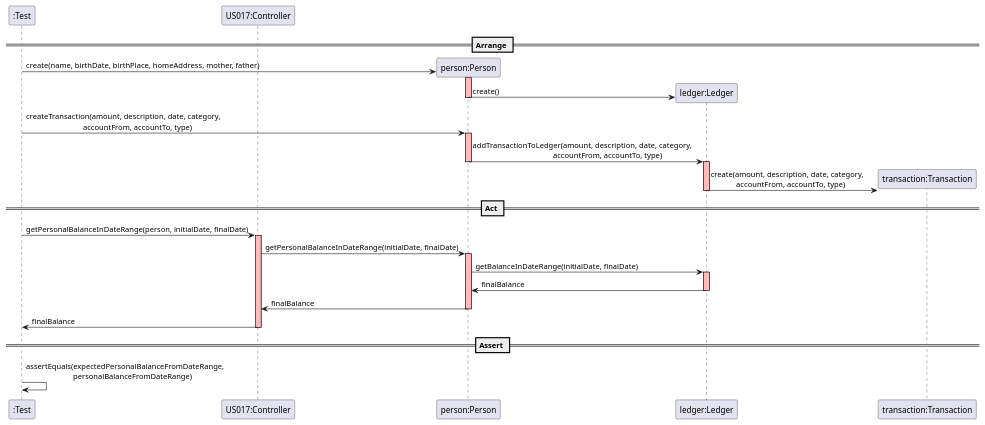
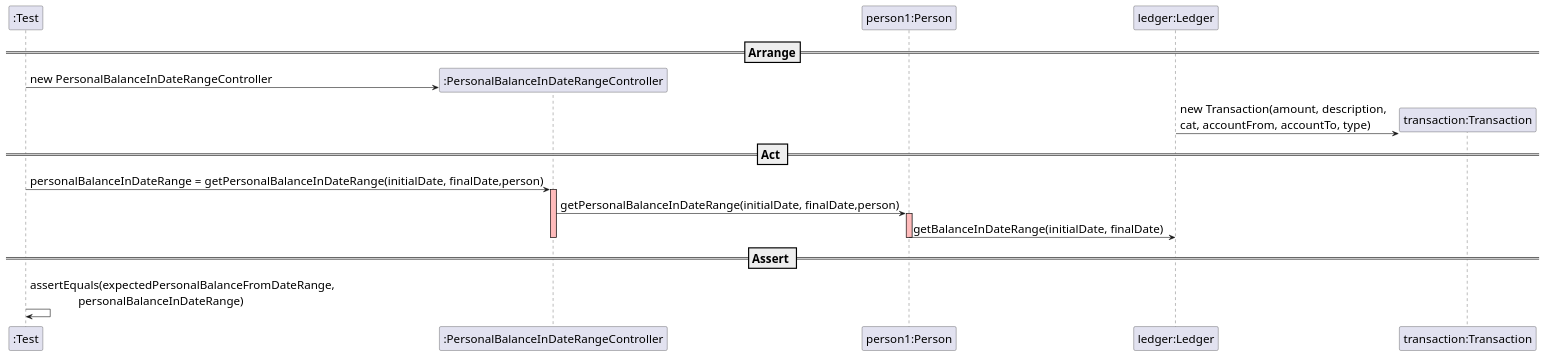
One commit to mleitaoribeiro/DevOpsMaven changed the diagram in docs/SequenceDiagram - US017.puml. Above: the diagram before and after it, drawn with PlantUML. The commit also changed 1 other file, not shown here.

```diff
--- a/docs/SequenceDiagram - US017.puml
+++ b/docs/SequenceDiagram - US017.puml
@@ -1,44 +1,35 @@
 @startuml
+
+skinparam DefaultFontSize 20
 create ":Test"
 
-== Arrange ==
-create "US017:Controller"
+==Arrange==
+create ":PersonalBalanceInDateRangeController"
+":Test" -> ":PersonalBalanceInDateRangeController" : new PersonalBalanceInDateRangeController
 
-create "person:Person"
-":Test" -> "person:Person" : create(name, birthDate, birthPlace, homeAddress, mother, father)
-activate "person:Person" #FFBBBB
+participant "person1:Person"
 
-create "ledger:Ledger"
-"person:Person" -> "ledger:Ledger" : create()
-deactivate "person:Person"
-":Test" -> "person:Person" : createTransaction(amount, description, date, category, \n                             accountFrom, accountTo, type)
-activate "person:Person" #FFBBBB
+participant "ledger:Ledger"
+create "transaction:Transaction"
+"ledger:Ledger" -> "transaction:Transaction" : new Transaction(amount, description, \ncat, accountFrom, accountTo, type)
+deactivate "ledger:Ledger" #FFBBBB
 
-"person:Person" -> "ledger:Ledger" : addTransactionToLedger(amount, description, date, category, \n                                         accountFrom, accountTo, type)
-deactivate "person:Person" #FFBBBB
-activate "ledger:Ledger" #FFBBBB
-create "transaction:Transaction"
-"ledger:Ledger" -> "transaction:Transaction" : create(amount, description, date, category, \n             accountFrom, accountTo, type)
-deactivate "person:Person"
-deactivate "ledger:Ledger"
 
 == Act ==
 
-":Test" -> "US017:Controller" : getPersonalBalanceInDateRange(person, initialDate, finalDate)
-activate "US017:Controller" #FFBBBB
-"US017:Controller" -> "person:Person": getPersonalBalanceInDateRange(initialDate, finalDate)
-activate "person:Person" #FFBBBB
-"person:Person" -> "ledger:Ledger": getBalanceInDateRange(initialDate, finalDate)
-activate "ledger:Ledger" #FFBBBB
-"ledger:Ledger" -> "person:Person" : finalBalance
-deactivate "ledger:Ledger"
-"person:Person" -> "US017:Controller" : finalBalance
-deactivate "person:Person"
-"US017:Controller" -> ":Test" : finalBalance
-deactivate "US017:Controller"
+":Test" -> ":PersonalBalanceInDateRangeController" : personalBalanceInDateRange = getPersonalBalanceInDateRange(initialDate, finalDate,person)
+activate ":PersonalBalanceInDateRangeController"  #FFBBBB
+
+":PersonalBalanceInDateRangeController" -> "person1:Person" :getPersonalBalanceInDateRange(initialDate, finalDate,person)
+activate "person1:Person"  #FFBBBB
+
+"person1:Person" -> "ledger:Ledger": getBalanceInDateRange(initialDate, finalDate)
+deactivate "person1:Person"  #FFBBBB
+deactivate ":PersonalBalanceInDateRangeController"  #FFBBBB
 
 == Assert ==
 
-":Test" -> ":Test" : assertEquals(expectedPersonalBalanceFromDateRange, \n                        personalBalanceFromDateRange)
+":Test" -> ":Test" : assertEquals(expectedPersonalBalanceFromDateRange, \n                personalBalanceInDateRange)
+
 
 @enduml
```
